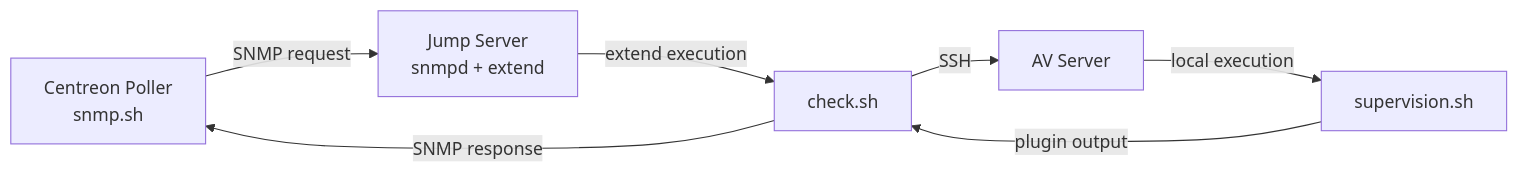
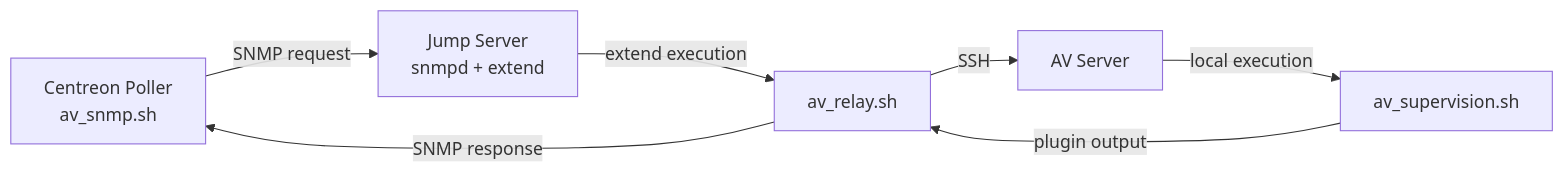
Before and after one commit to pullsec/antivirus_monitoring: the diagram in README.md, drawn with Mermaid. The commit also changed other lines of this file, not shown here.

````diff
--- a/README.md
+++ b/README.md
@@ -29,15 +31,15 @@
 ```mermaid
 flowchart LR
-    A[Centreon Poller<br/>snmp.sh]
+    A[Centreon Poller<br/>av_snmp.sh]
     B[Jump Server<br/>snmpd + extend]
-    C[check.sh]
+    C[av_relay.sh]
     D[AV Server]
-    E[supervision.sh]
+    E[av_supervision.sh]
 
     A -->|SNMP request| B
     B -->|extend execution| C
     C -->|SSH| D
     D -->|local execution| E
     E -->|plugin output| C
     C -->|SNMP response| A
 ```
````
